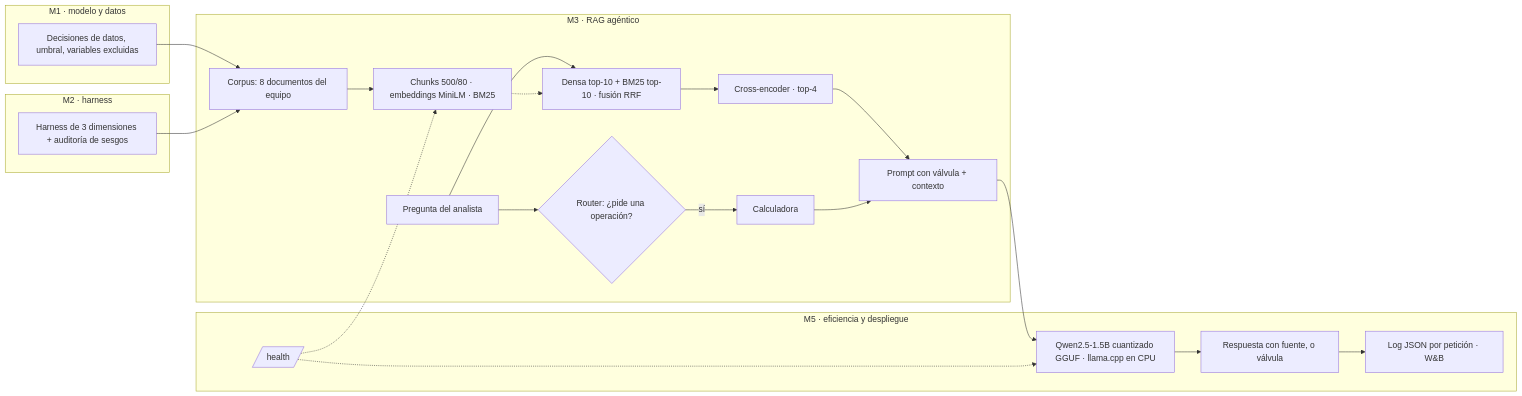
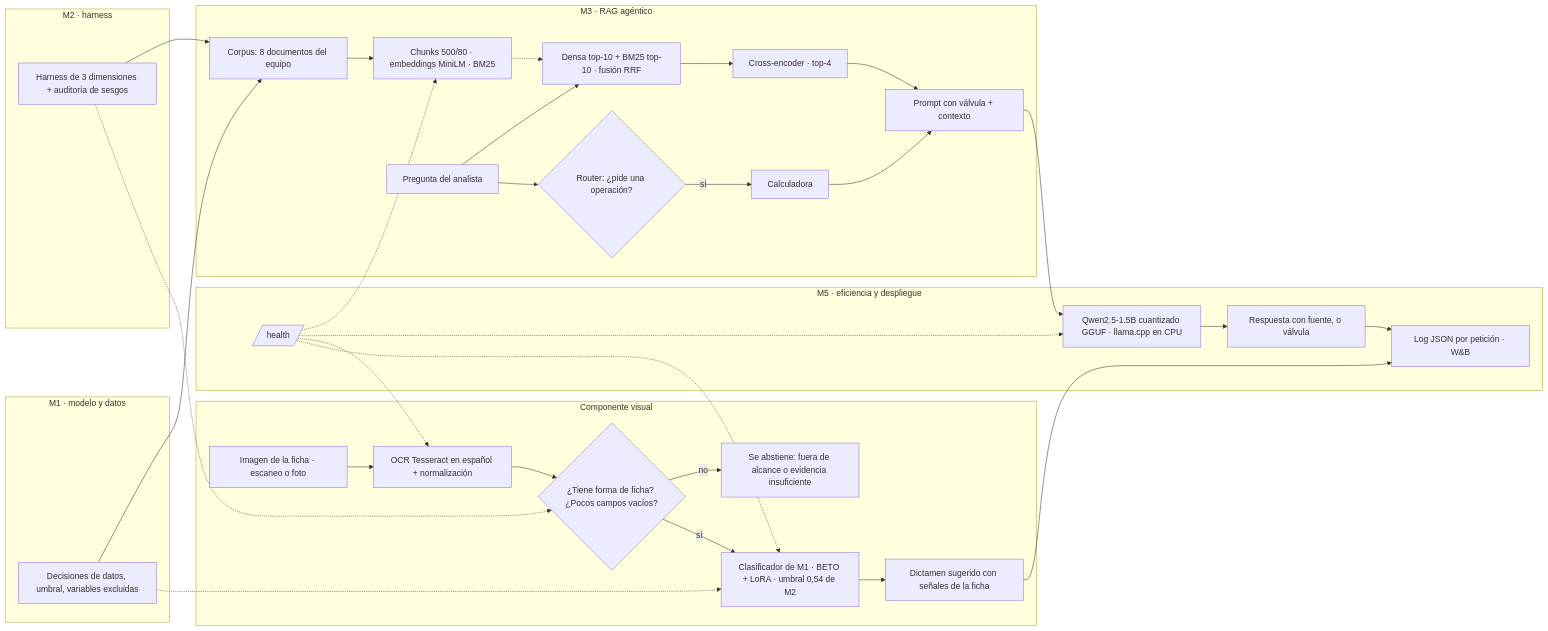
Before and after one commit to CamsMars/CREDIT: the diagram in final/reporte.md, drawn with Mermaid. The commit also changed other lines of this file and 31 other files, not shown here.

Commit message:
Entrega final: componente visual (OCR + clasificador de M1)

````diff
--- a/final/reporte.md
+++ b/final/reporte.md
@@ -42,28 +42,40 @@
 ```mermaid
 flowchart LR
   subgraph M1["M1 · modelo y datos"]
     D1[Decisiones de datos, umbral, variables excluidas]
   end
   subgraph M2["M2 · harness"]
     H[Harness de 3 dimensiones + auditoría de sesgos]
   end
   D1 --> DOC[Corpus: 8 documentos del equipo]
   H --> DOC
   subgraph M3["M3 · RAG agéntico"]
     DOC --> IDX[Chunks 500/80 · embeddings MiniLM · BM25]
     Q[Pregunta del analista] --> HYB[Densa top-10 + BM25 top-10 · fusión RRF]
     IDX -.-> HYB
     HYB --> RR[Cross-encoder · top-4]
     Q --> RT{Router: ¿pide una operación?}
     RT -->|sí| CALC[Calculadora]
     RR --> P[Prompt con válvula + contexto]
     CALC --> P
   end
   subgraph M5["M5 · eficiencia y despliegue"]
     P --> G[Qwen2.5-1.5B cuantizado GGUF · llama.cpp en CPU]
     G --> A[Respuesta con fuente, o válvula]
     A --> LOG[Log JSON por petición · W&B]
     HC[/health/] -.-> IDX
     HC -.-> G
   end
+  subgraph VIS["Componente visual"]
+    IMG[Imagen de la ficha · escaneo o foto] --> OCR[OCR Tesseract en español + normalización]
+    OCR --> PUERTA{¿Tiene forma de ficha? ¿Pocos campos vacíos?}
+    PUERTA -->|no| ABS[Se abstiene: fuera de alcance o evidencia insuficiente]
+    PUERTA -->|sí| CLF[Clasificador de M1 · BETO + LoRA · umbral 0,54 de M2]
+    CLF --> DIC[Dictamen sugerido con señales de la ficha]
+  end
+  D1 -.-> CLF
+  H -.-> PUERTA
+  DIC --> LOG
+  HC -.-> OCR
+  HC -.-> CLF
 ```
````
